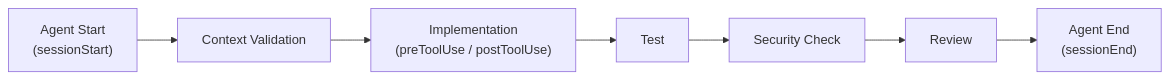
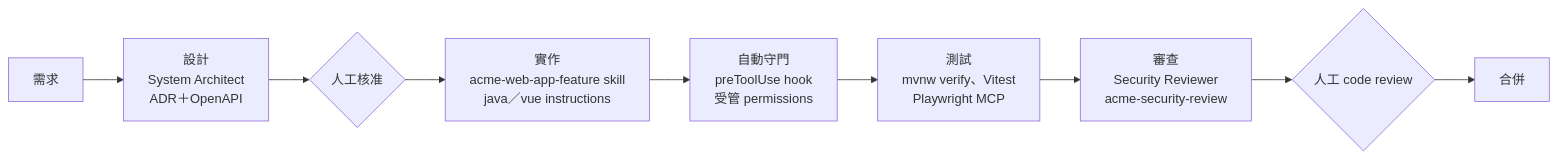
One commit to chihhung/Blog changed the tenth of 18 diagrams in content/posts/教學/AI開發/awesome-copilot教學手冊.md. Above: the diagram before and after it, drawn with Mermaid. The commit also changed other lines of this file and 1 other file, not shown here.

````diff
--- a/content/posts/教學/AI開發/awesome-copilot教學手冊.md
+++ b/content/posts/教學/AI開發/awesome-copilot教學手冊.md
@@ -2870,9 +3383,11 @@
 ```mermaid
-graph LR
-    A["Agent Start<br/>(sessionStart)"] --> B["Context Validation"]
-    B --> C["Implementation<br/>(preToolUse / postToolUse)"]
-    C --> D["Test"]
-    D --> E["Security Check"]
-    E --> F["Review"]
-    F --> G["Agent End<br/>(sessionEnd)"]
+flowchart LR
+    A["需求"] --> B["設計<br/>System Architect<br/>ADR＋OpenAPI"]
+    B --> H1{"人工核准"}
+    H1 --> C["實作<br/>acme-web-app-feature skill<br/>java／vue instructions"]
+    C --> D["自動守門<br/>preToolUse hook<br/>受管 permissions"]
+    D --> E["測試<br/>mvnw verify、Vitest<br/>Playwright MCP"]
+    E --> F["審查<br/>Security Reviewer<br/>acme-security-review"]
+    F --> H2{"人工 code review"}
+    H2 --> G["合併"]
 ```
````
